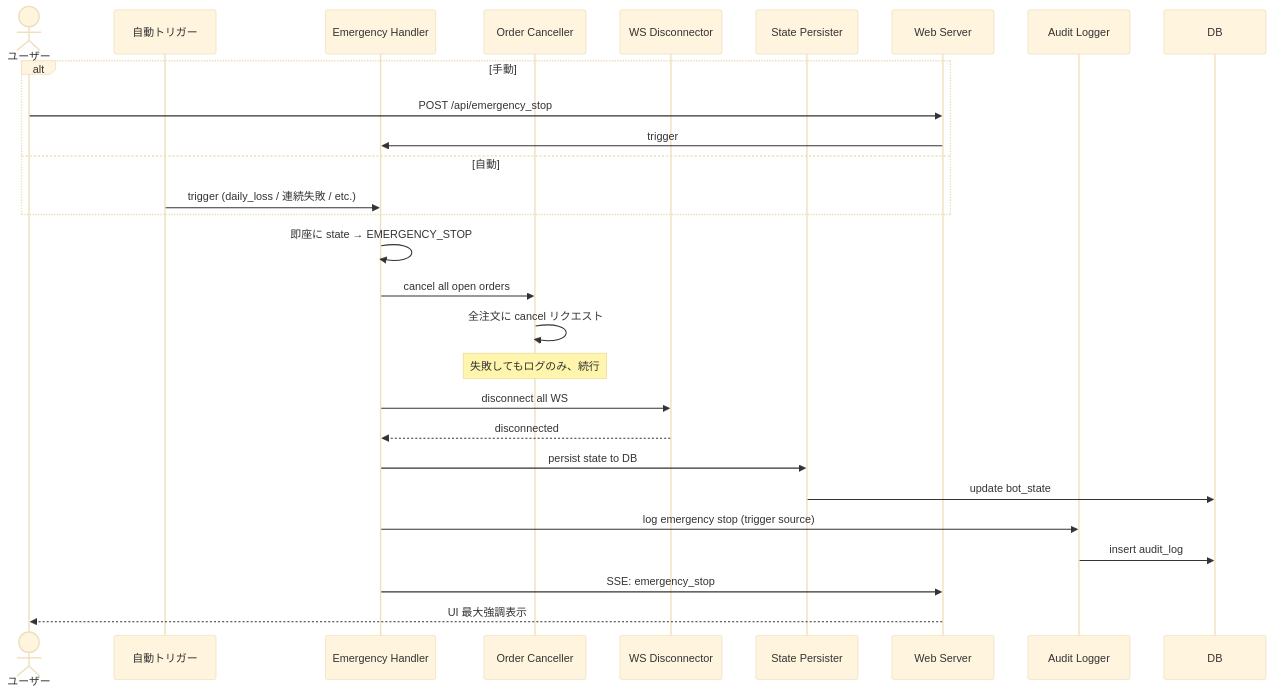
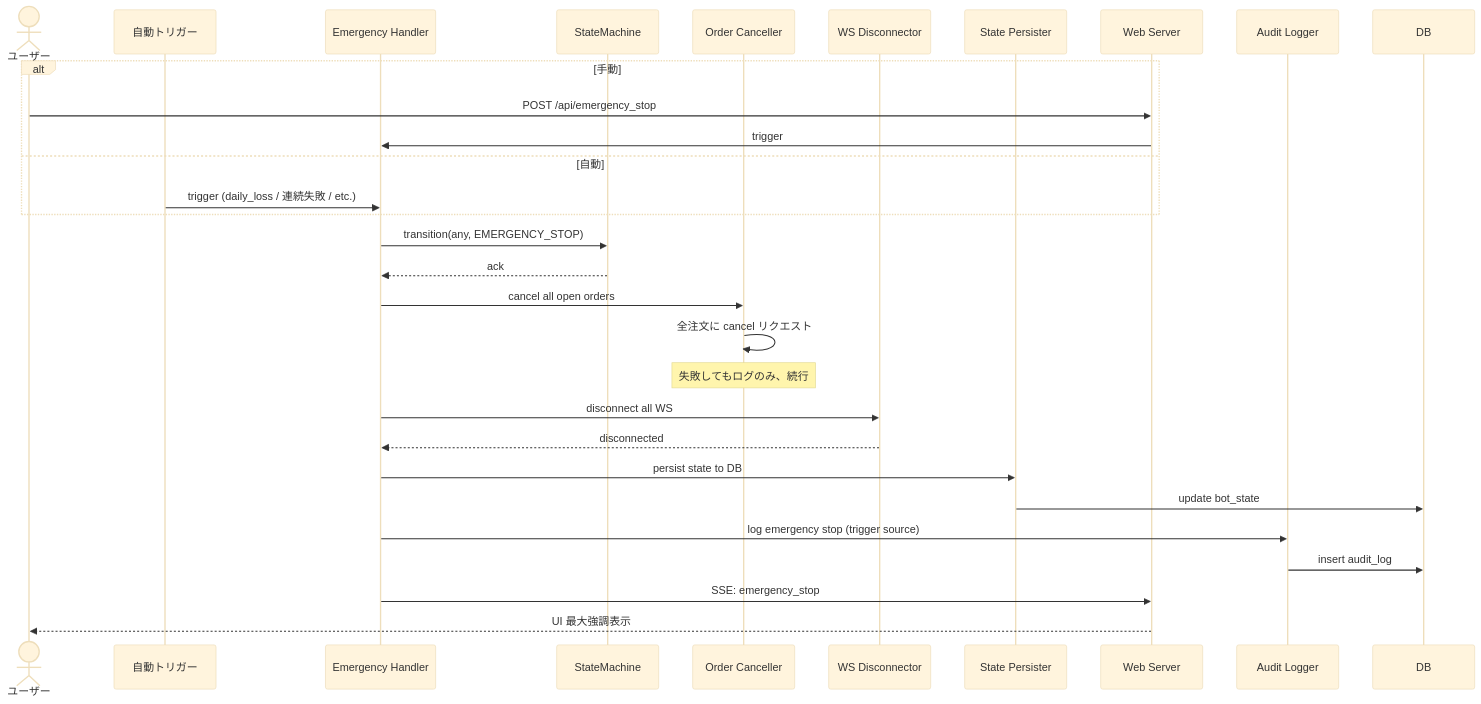
One commit to matrix9neonebuchadnezzar2199-sketch/YoRuu changed the seventh of 7 diagrams in docs/design/06_sequence.md. Above: the diagram before and after it, drawn with Mermaid (base theme). The commit also changed other lines of this file and 6 other files, not shown here.

````diff
--- a/docs/design/06_sequence.md
+++ b/docs/design/06_sequence.md
@@ -305,31 +325,33 @@
 ```mermaid
 sequenceDiagram
     actor U as ユーザー
     participant T as 自動トリガー
     participant EH as Emergency Handler
+    participant SM as StateMachine
     participant OC as Order Canceller
     participant WD as WS Disconnector
     participant SP as State Persister
     participant WS as Web Server
     participant AL as Audit Logger
     participant DB
 
     alt 手動
         U->>WS: POST /api/emergency_stop
         WS->>EH: trigger
     else 自動
         T->>EH: trigger (daily_loss / 連続失敗 / etc.)
     end
-    EH->>EH: 即座に state → EMERGENCY_STOP
+    EH->>SM: transition(any, EMERGENCY_STOP)
+    SM-->>EH: ack
     EH->>OC: cancel all open orders
     OC->>OC: 全注文に cancel リクエスト
     Note over OC: 失敗してもログのみ、続行
     EH->>WD: disconnect all WS
     WD-->>EH: disconnected
     EH->>SP: persist state to DB
     SP->>DB: update bot_state
     EH->>AL: log emergency stop (trigger source)
     AL->>DB: insert audit_log
     EH->>WS: SSE: emergency_stop
     WS-->>U: UI 最大強調表示
 ```
````
